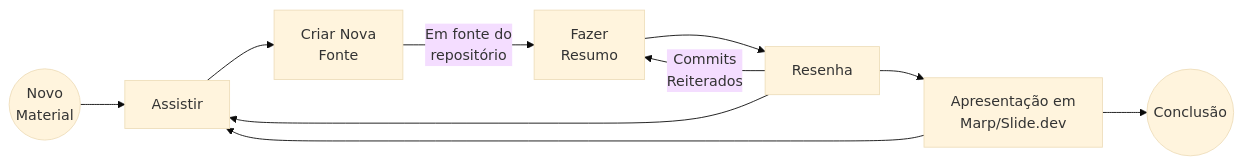
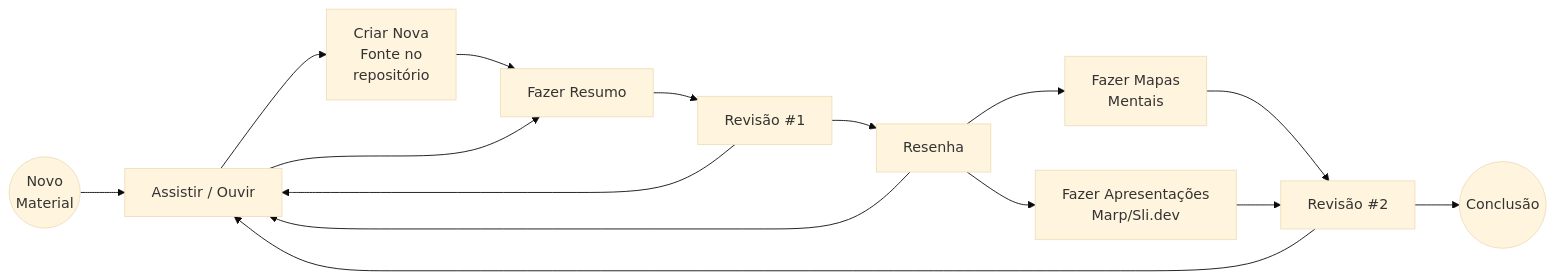
Before and after one commit to dnlclaudino/gestao-do-conhecimento: the second of 5 diagrams in README.md, drawn with Mermaid (base theme). The commit also changed other lines of this file, not shown here.

````diff
--- a/README.md
+++ b/README.md
@@ -89,11 +98,16 @@
 ```mermaid
 graph LR;
-    INICIO(("Novo<br>Material"))-->A;
-    A[Assistir]-->BB["Criar Nova<br>Fonte"]-- Em fonte do<br>repositório -->C[Fazer<br>Resumo];
-    C-->D[Resenha];
-    D--Commits<br>Reiterados-->C
-    D-->A
-    D-->E[Apresentação em<br>Marp/Slide.dev];
-    E-->A
-    E-->FIM(("Conclusão"))
+    INICIO(("Novo<br>Material"))-->ASSISTIR;
+    ASSISTIR[Assistir / Ouvir]-->CNV["Criar Nova<br>Fonte no<br>repositório"]-->FR[Fazer Resumo];
+    ASSISTIR-->FR;
+    FR-->REV1[Revisão #1];
+    REV1-->RESENHA[Resenha];
+    REV1-->ASSISTIR;
+    RESENHA-->ASSISTIR;
+    RESENHA-->FMM[Fazer Mapas<br>Mentais];
+    RESENHA-->FA[Fazer Apresentações<br>Marp/Sli.dev];
+    FMM-->REV2[Revisão #2];
+    FA-->REV2;
+    REV2-->ASSISTIR;
+    REV2-->FIM(("Conclusão"))
 ```
````
